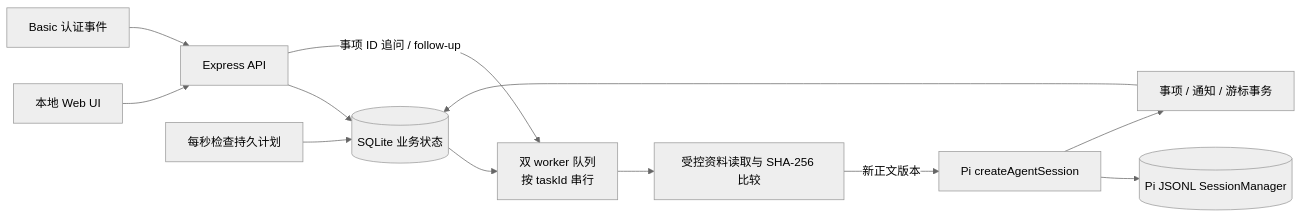
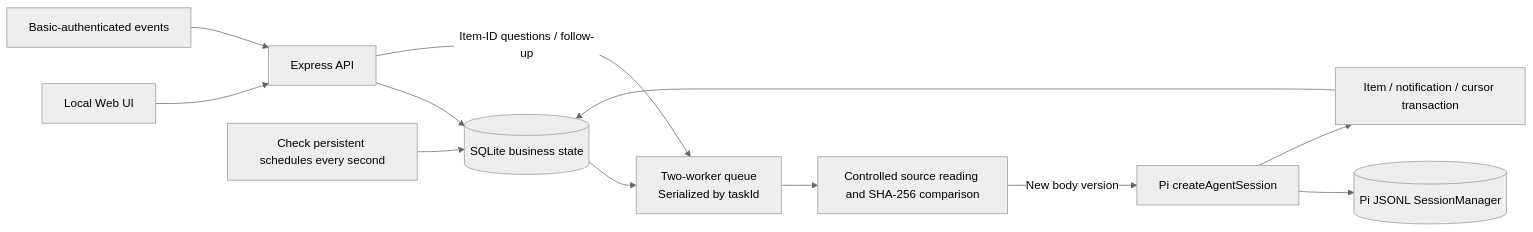
One commit to sugarforever/mr-on changed the diagram in docs/architecture.md. Above: the diagram before and after it, drawn with Mermaid (neutral theme). The commit also changed other lines of this file and 13 other files, not shown here.

````diff
--- a/docs/architecture.md
+++ b/docs/architecture.md
@@ -23,14 +23,14 @@
 ```mermaid
 flowchart LR
-  U[本地 Web UI] --> API[Express API]
-  E[Basic 认证事件] --> API
-  API --> DB[(SQLite 业务状态)]
-  T[每秒检查持久计划] --> DB
-  DB --> Q[双 worker 队列\n按 taskId 串行]
-  Q --> R[受控资料读取与 SHA-256 比较]
-  R -->|新正文版本| P[Pi createAgentSession]
+  U[Local Web UI] --> API[Express API]
+  E[Basic-authenticated events] --> API
+  API --> DB[(SQLite business state)]
+  T[Check persistent schedules every second] --> DB
+  DB --> Q[Two-worker queue\nSerialized by taskId]
+  Q --> R[Controlled source reading and SHA-256 comparison]
+  R -->|New body version| P[Pi createAgentSession]
   P --> S[(Pi JSONL SessionManager)]
-  P --> C[事项 / 通知 / 游标事务]
+  P --> C[Item / notification / cursor transaction]
   C --> DB
-  API -->|事项 ID 追问 / follow-up| Q
+  API -->|Item-ID questions / follow-up| Q
 ```
````
